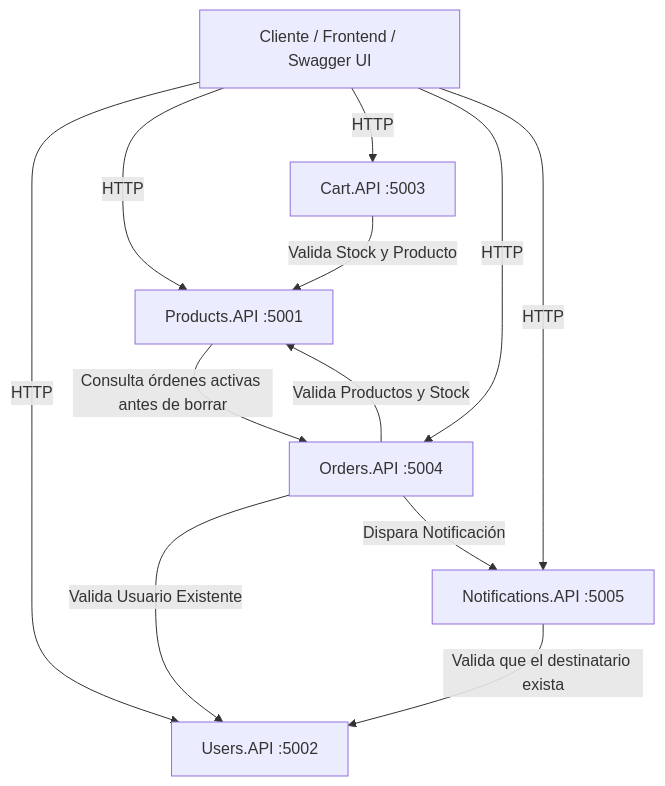
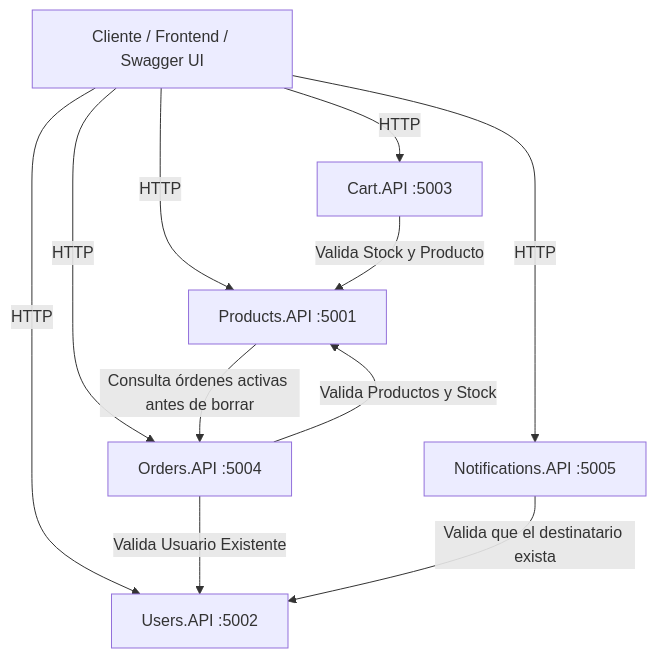
One commit to rodriips/TP-Microservicios-ECommerce-Grupo8 changed the diagram in README.md. Above: the diagram before and after it, drawn with Mermaid.

Commit message:
docs(readme): saco flecha de Orders a Notifications del diagrama
Orders.API no llama a Notifications.API (solo tiene clientes HTTP para Users y Products), por lo que se elimina la flecha "Dispara Notificación" del diagrama de arquitectura.

````diff
--- a/README.md
+++ b/README.md
@@ -19,15 +19,14 @@
 ```mermaid
 graph TD
     Client[Cliente / Frontend / Swagger UI] -->|HTTP| UsersAPI[Users.API :5002]
     Client -->|HTTP| ProductsAPI[Products.API :5001]
     Client -->|HTTP| CartAPI[Cart.API :5003]
     Client -->|HTTP| OrdersAPI[Orders.API :5004]
     Client -->|HTTP| NotificationsAPI[Notifications.API :5005]
 
     CartAPI -->|Valida Stock y Producto| ProductsAPI
     OrdersAPI -->|Valida Usuario Existente| UsersAPI
     OrdersAPI -->|Valida Productos y Stock| ProductsAPI
-    OrdersAPI -->|Dispara Notificación| NotificationsAPI
     ProductsAPI -->|Consulta órdenes activas antes de borrar| OrdersAPI
     NotificationsAPI -->|Valida que el destinatario exista| UsersAPI
 ```
````
